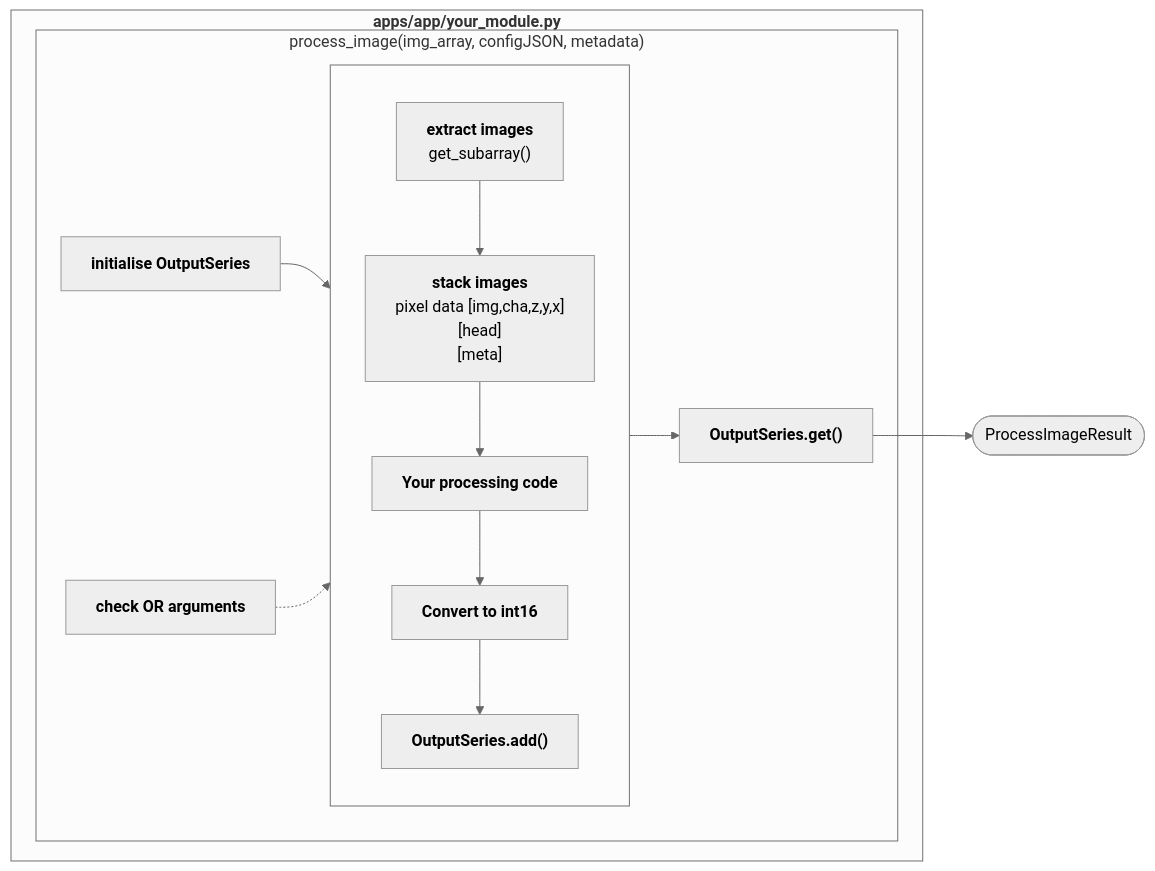
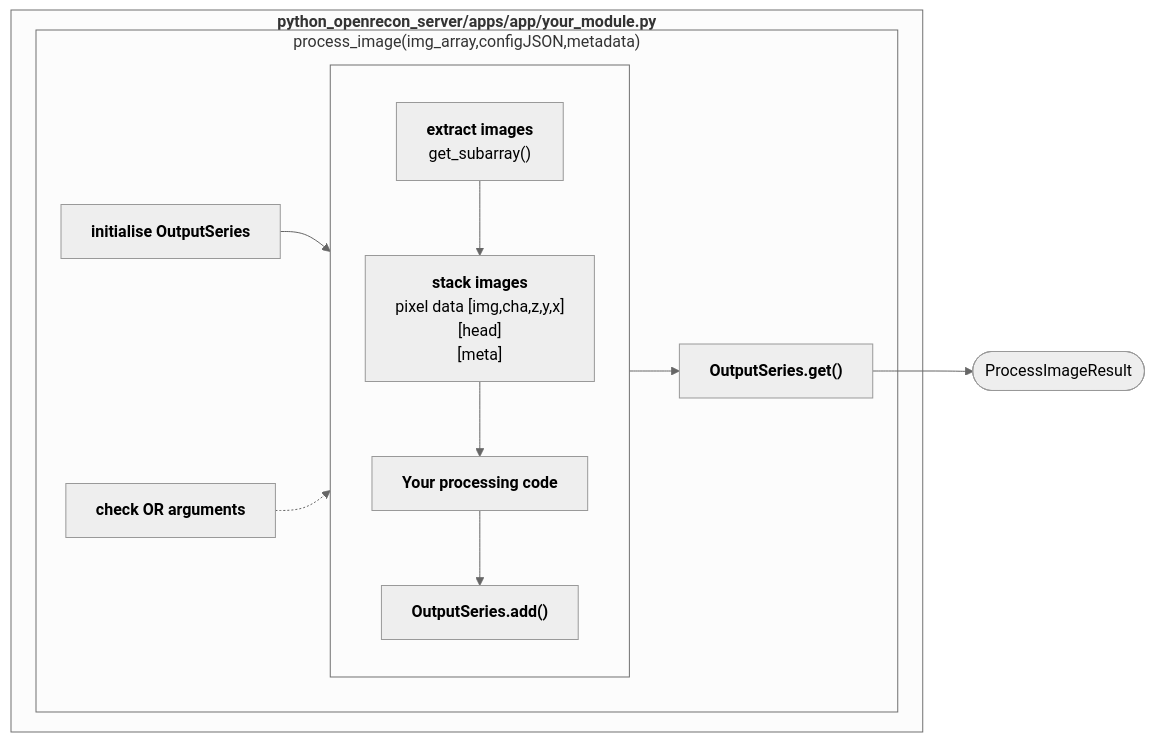
Before and after one commit to benoitberanger/python-openrecon-server: the second of 2 diagrams in README.md, drawn with Mermaid (neutral theme). The commit also changed other lines of this file and 2 other files, not shown here.

````diff
--- a/README.md
+++ b/README.md
@@ -72,31 +72,30 @@
 ```mermaid
 flowchart LR
 
-    subgraph app["`**apps/app/your_module.py**`"]
-        subgraph process_image["process_image(img_array, configJSON, metadata)"]
+    subgraph app["`**python_openrecon_server/apps/app/your_module.py**`"]
+        subgraph process_image["process_image(img_array,configJSON,metadata)"]
 
             init_series["`**initialise OutputSeries**`"] --> process
             or_arg["`**check OR arguments**`"] -.-> process
 
             subgraph process[" "]
                 subarray["`**extract images**
                             get_subarray()`"]
                 stack["`**stack images**
                         pixel data [img,cha,z,y,x]
                         [head]
                         [meta]`"]
                 your_code["`**Your processing code**`"]
-                recast["`**Convert to int16**`"]
                 add["`**OutputSeries.add()**`"]
 
-                subarray --> stack --> your_code --> recast --> add
+                subarray --> stack --> your_code --> add
 
             end
         process --> get["`**OutputSeries.get()**`"]
         
         end
 
     end
 
     get --> output([ProcessImageResult])
 ```
````
